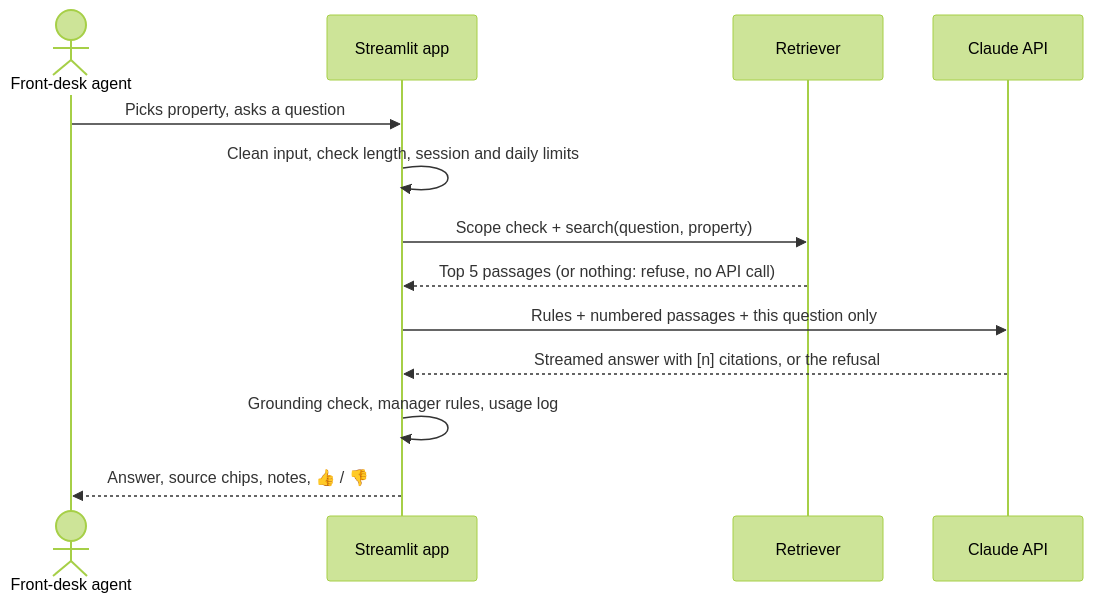
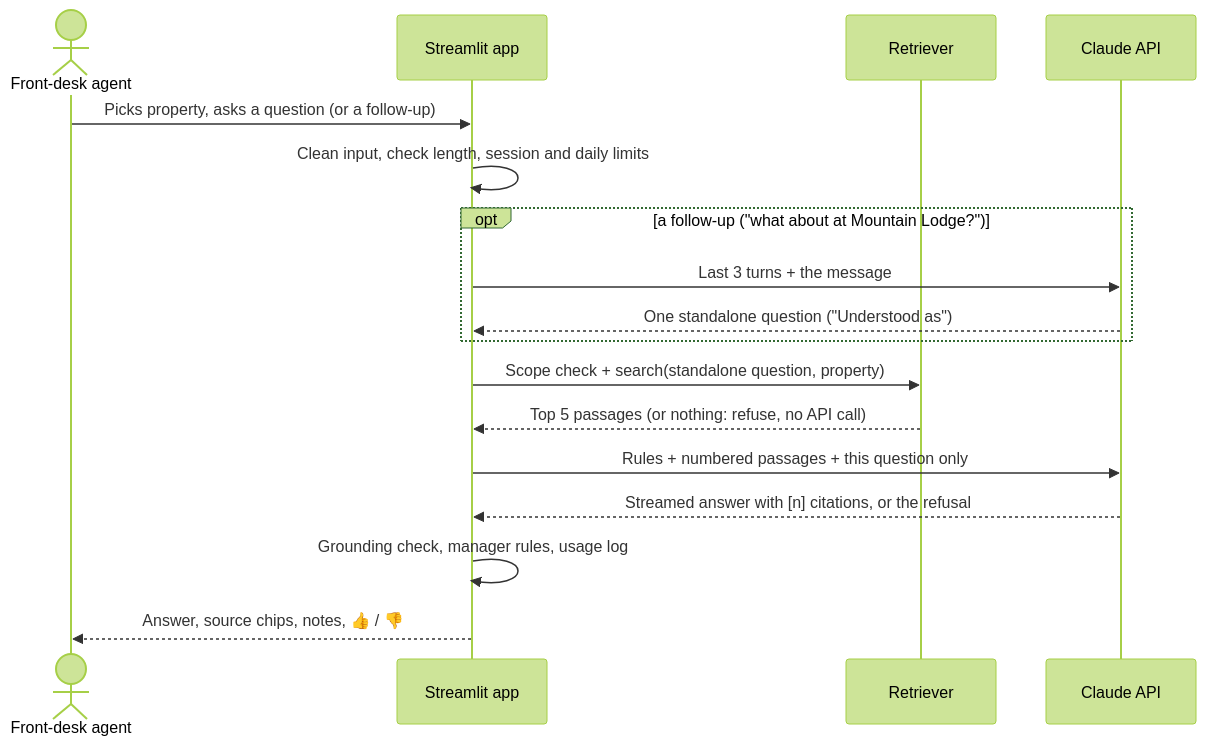
The second of 2 diagrams in README.md (vamsialladev/hotel-ops-assistant), drawn with Mermaid (forest theme) before and after one commit. The commit also changed other lines of this file and 3 other files, not shown here.

Commit message:
feat(app): sidebar links to the demo video, GitHub and the portfolio; diagrams show the follow-up rewrite

````diff
--- a/README.md
+++ b/README.md
@@ -124,15 +125,19 @@
 ```mermaid
 sequenceDiagram
     actor Staff as Front-desk agent
     participant App as Streamlit app
     participant Search as Retriever
     participant LLM as Claude API
-    Staff->>App: Picks property, asks a question
+    Staff->>App: Picks property, asks a question (or a follow-up)
     App->>App: Clean input, check length, session and daily limits
-    App->>Search: Scope check + search(question, property)
+    opt a follow-up ("what about at Mountain Lodge?")
+        App->>LLM: Last 3 turns + the message
+        LLM-->>App: One standalone question ("Understood as")
+    end
+    App->>Search: Scope check + search(standalone question, property)
     Search-->>App: Top 5 passages (or nothing: refuse, no API call)
     App->>LLM: Rules + numbered passages + this question only
     LLM-->>App: Streamed answer with [n] citations, or the refusal
     App->>App: Grounding check, manager rules, usage log
     App-->>Staff: Answer, source chips, notes, 👍 / 👎
 ```
````
